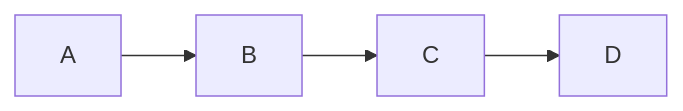
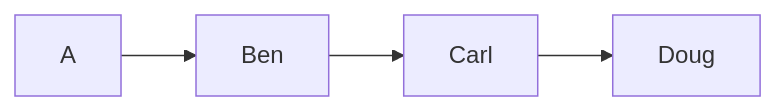
One commit to xlp0/PublishedVaults changed the first of 4 diagrams in StudyNotes/Literature/PKM/Tools/Mermaid.js.md. Above: the diagram before and after it, drawn with Mermaid. The commit also changed other lines of this file and 1540 other files, not shown here.

````diff
--- a/StudyNotes/Literature/PKM/Tools/Mermaid.js.md
+++ b/StudyNotes/Literature/PKM/Tools/Mermaid.js.md
@@ -12,6 +12,6 @@
 ```mermaid
 graph LR
-    A --> B
-    B --> C
-    C --> D
+    A --> Ben
+    Ben --> Carl
+    Carl --> Doug
 ```
````
